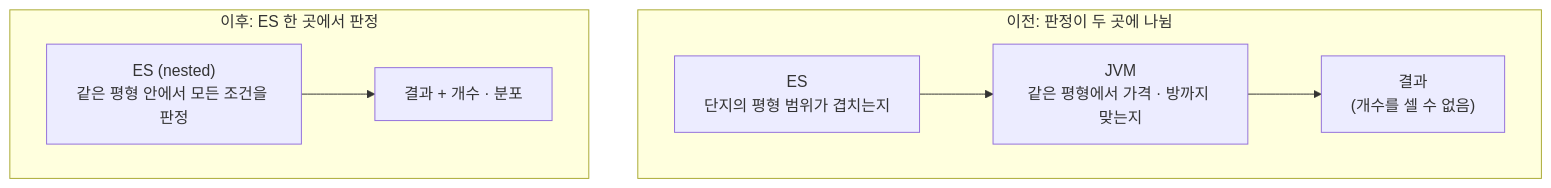
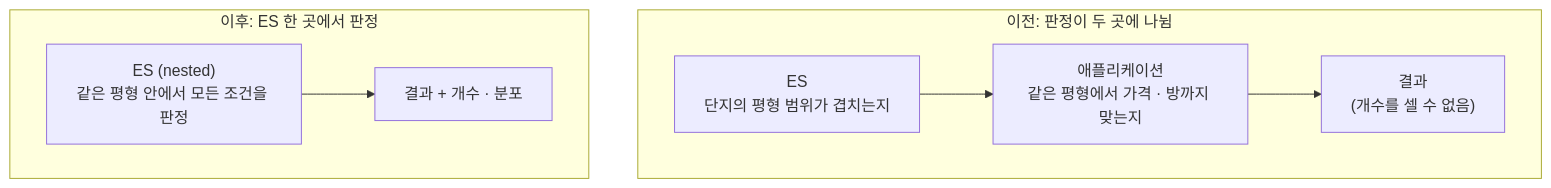
One commit to 12OneTwo12/12OneTwo12.github.io changed the third of 9 diagrams in content/blog/architecture/real-estate-integrated-agent.ko.md. Above: the diagram before and after it, drawn with Mermaid. The commit also changed other lines of this file, not shown here.

Commit message:
docs: 부동산 통합 AI 에이전트 글 1차 평가 반영 (보안 문구 정리, 프레이밍, 말투, 사진·다이어그램 추가)

````diff
--- a/content/blog/architecture/real-estate-integrated-agent.ko.md
+++ b/content/blog/architecture/real-estate-integrated-agent.ko.md
@@ -134,12 +126,12 @@
 ```mermaid
 flowchart TB
     subgraph Before["이전: 판정이 두 곳에 나뉨"]
         direction LR
-        A1["ES<br/>단지의 평형 범위가 겹치는지"] --> B1["JVM<br/>같은 평형에서 가격 · 방까지 맞는지"]
+        A1["ES<br/>단지의 평형 범위가 겹치는지"] --> B1["애플리케이션<br/>같은 평형에서 가격 · 방까지 맞는지"]
         B1 --> C1["결과<br/>(개수를 셀 수 없음)"]
     end
     subgraph After["이후: ES 한 곳에서 판정"]
         direction LR
         A2["ES (nested)<br/>같은 평형 안에서 모든 조건을 판정"] --> C2["결과 + 개수 · 분포"]
     end
 ```
````
